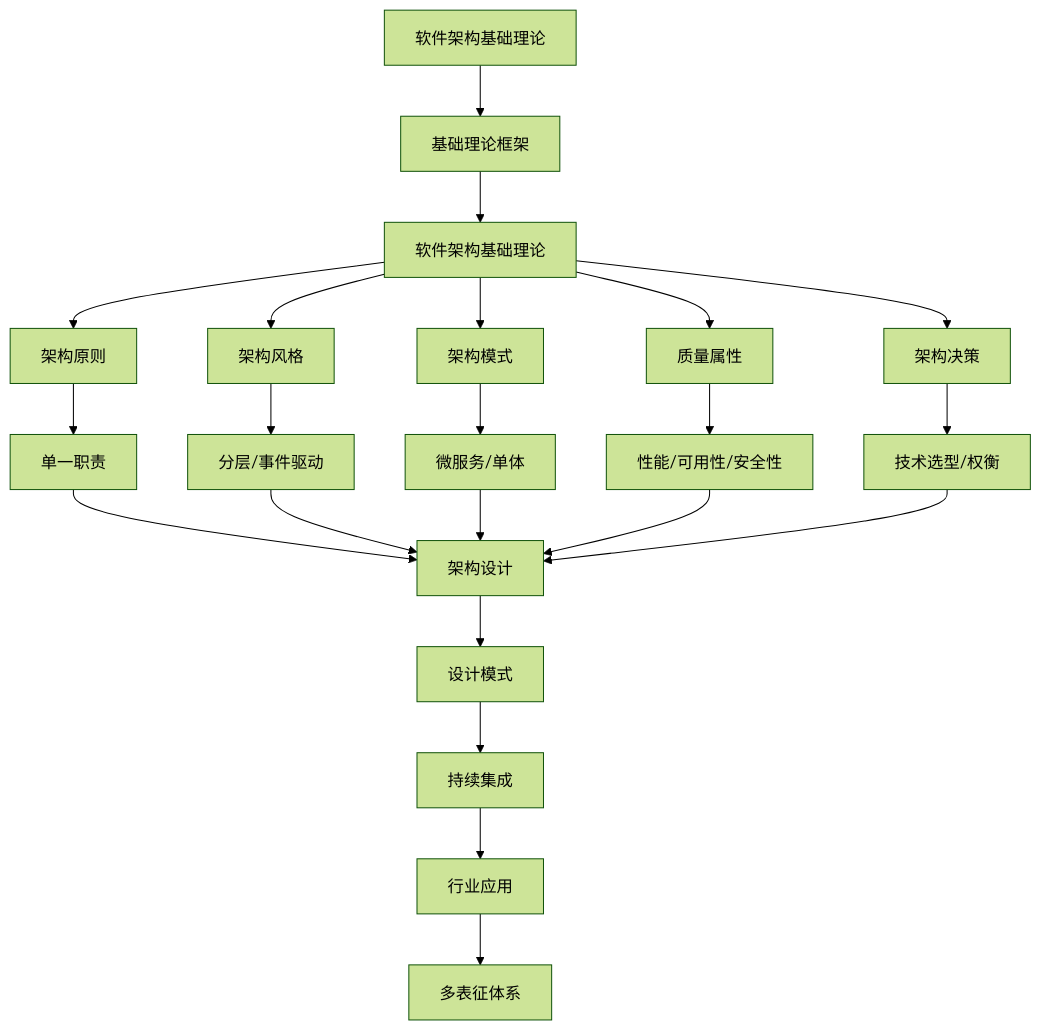
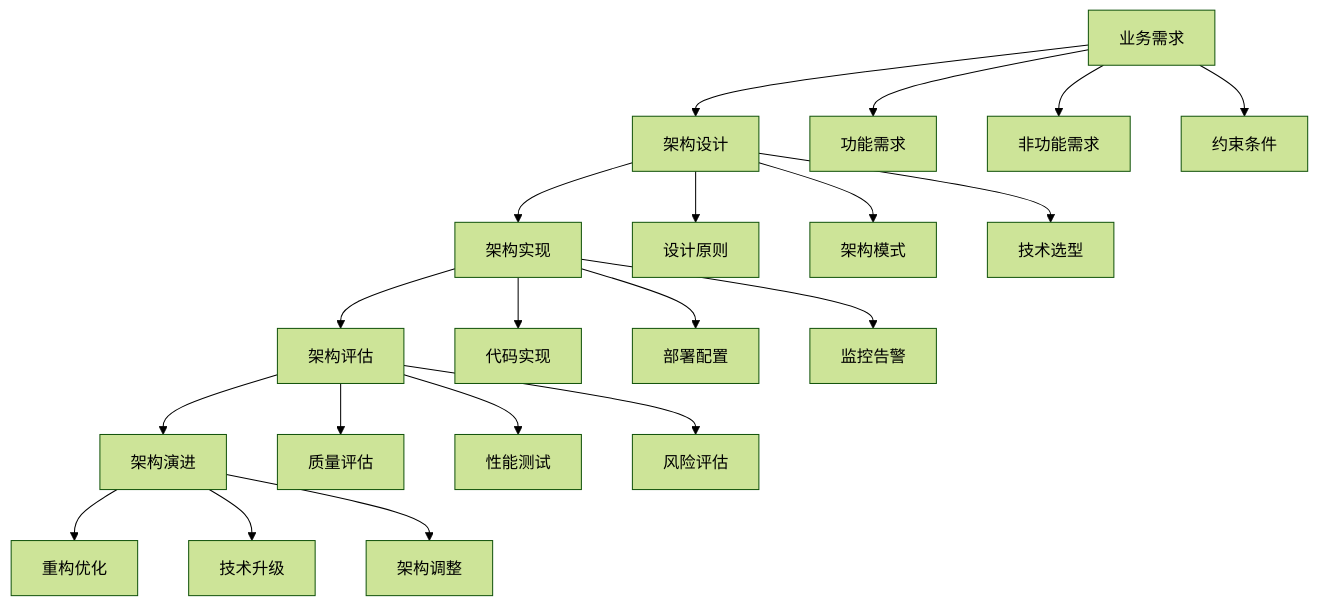
Before and after one commit to AdaMartin18010/Data-Science: the diagram in Analysis/4-软件架构与工程/4.1-基础理论/README.md, drawn with Mermaid (forest theme). The commit also changed other lines of this file and 16 other files, not shown here.

````diff
--- a/Analysis/4-软件架构与工程/4.1-基础理论/README.md
+++ b/Analysis/4-软件架构与工程/4.1-基础理论/README.md
@@ -21,20 +27,27 @@
 ```mermaid
-flowchart TD
-  A[软件架构基础理论] --> B[基础理论框架]
-  B --> C[软件架构基础理论]
-  C --> D[架构原则]
-  C --> E[架构风格]
-  C --> F[架构模式]
-  C --> G[质量属性]
-  C --> H[架构决策]
-  D --> I[单一职责]
-  E --> J[分层/事件驱动]
-  F --> G1[微服务/单体]
-  G --> K[性能/可用性/安全性]
-  H --> L[技术选型/权衡]
-  I & J & G1 & K & L --> M[架构设计]
-  M --> N[设计模式]
-  N --> O[持续集成]
-  O --> P[行业应用]
-  P --> Q[多表征体系]
+graph TB
+    A[业务需求] --> B[架构设计]
+    B --> C[架构实现]
+    C --> D[架构评估]
+    D --> E[架构演进]
+    
+    A --> F[功能需求]
+    A --> G[非功能需求]
+    A --> H[约束条件]
+    
+    B --> I[设计原则]
+    B --> J[架构模式]
+    B --> K[技术选型]
+    
+    C --> L[代码实现]
+    C --> M[部署配置]
+    C --> N[监控告警]
+    
+    D --> O[质量评估]
+    D --> P[性能测试]
+    D --> Q[风险评估]
+    
+    E --> R[重构优化]
+    E --> S[技术升级]
+    E --> T[架构调整]
 ```
````
